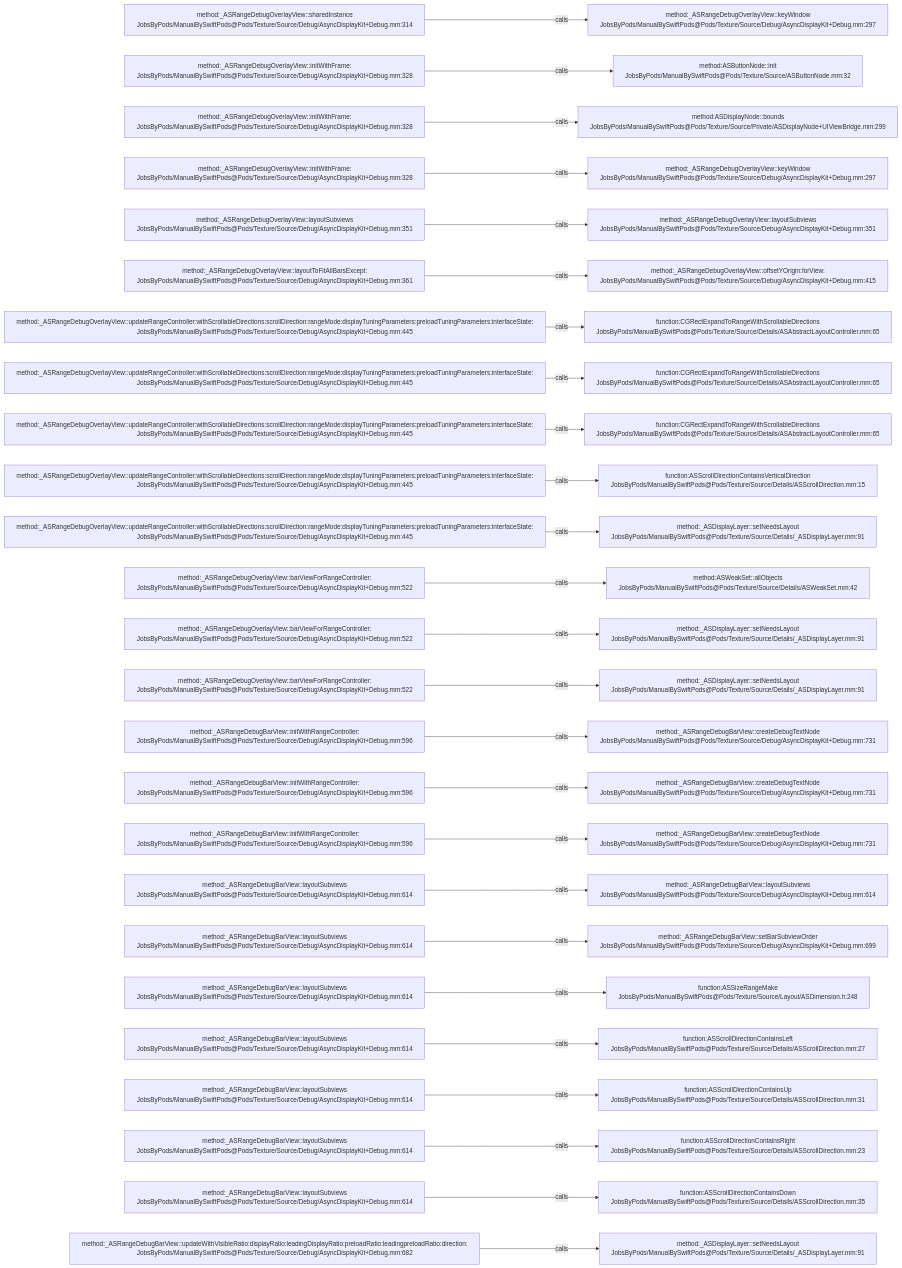
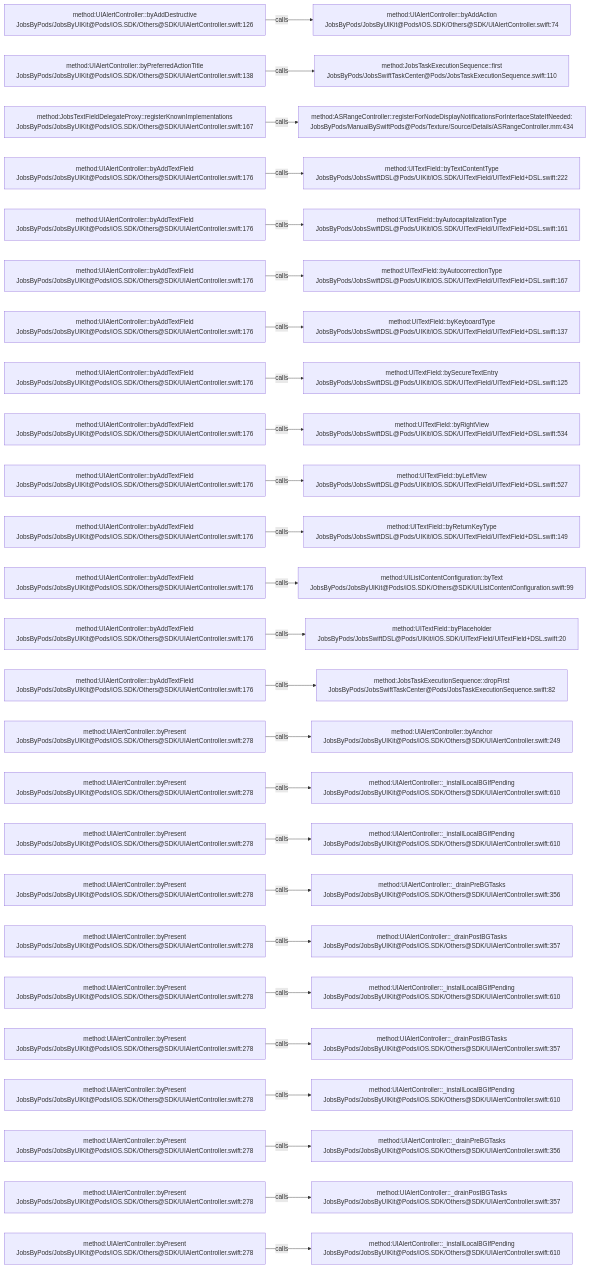
One commit to JobsKits/JobsSwiftBaseConfigDemo changed the diagram in .codegraph/codegraph.md/graphs/calls-080.md. Above: the diagram before and after it, drawn with Mermaid. The commit also changed 224 other files, not shown here.

````diff
--- a/.codegraph/codegraph.md/graphs/calls-080.md
+++ b/.codegraph/codegraph.md/graphs/calls-080.md
@@ -13,78 +13,78 @@
 ```mermaid
 flowchart LR
-  S1["method:_ASRangeDebugOverlayView::sharedInstance<br/>JobsByPods/ManualBySwiftPods@Pods/Texture/Source/Debug/AsyncDisplayKit+Debug.mm:314"]
-  T1["method:_ASRangeDebugOverlayView::keyWindow<br/>JobsByPods/ManualBySwiftPods@Pods/Texture/Source/Debug/AsyncDisplayKit+Debug.mm:297"]
+  S1["method:UIAlertController::byAddDestructive<br/>JobsByPods/JobsByUIKit@Pods/iOS.SDK/Others@SDK/UIAlertController.swift:126"]
+  T1["method:UIAlertController::byAddAction<br/>JobsByPods/JobsByUIKit@Pods/iOS.SDK/Others@SDK/UIAlertController.swift:74"]
   S1 -->|calls| T1
-  S2["method:_ASRangeDebugOverlayView::initWithFrame:<br/>JobsByPods/ManualBySwiftPods@Pods/Texture/Source/Debug/AsyncDisplayKit+Debug.mm:328"]
-  T2["method:ASButtonNode::init<br/>JobsByPods/ManualBySwiftPods@Pods/Texture/Source/ASButtonNode.mm:32"]
+  S2["method:UIAlertController::byPreferredActionTitle<br/>JobsByPods/JobsByUIKit@Pods/iOS.SDK/Others@SDK/UIAlertController.swift:138"]
+  T2["method:JobsTaskExecutionSequence::first<br/>JobsByPods/JobsSwiftTaskCenter@Pods/JobsTaskExecutionSequence.swift:110"]
   S2 -->|calls| T2
-  S3["method:_ASRangeDebugOverlayView::initWithFrame:<br/>JobsByPods/ManualBySwiftPods@Pods/Texture/Source/Debug/AsyncDisplayKit+Debug.mm:328"]
-  T3["method:ASDisplayNode::bounds<br/>JobsByPods/ManualBySwiftPods@Pods/Texture/Source/Private/ASDisplayNode+UIViewBridge.mm:299"]
+  S3["method:JobsTextFieldDelegateProxy::registerKnownImplementations<br/>JobsByPods/JobsByUIKit@Pods/iOS.SDK/Others@SDK/UIAlertController.swift:167"]
+  T3["method:ASRangeController::registerForNodeDisplayNotificationsForInterfaceStateIfNeeded:<br/>JobsByPods/ManualBySwiftPods@Pods/Texture/Source/Details/ASRangeController.mm:434"]
   S3 -->|calls| T3
-  S4["method:_ASRangeDebugOverlayView::initWithFrame:<br/>JobsByPods/ManualBySwiftPods@Pods/Texture/Source/Debug/AsyncDisplayKit+Debug.mm:328"]
-  T4["method:_ASRangeDebugOverlayView::keyWindow<br/>JobsByPods/ManualBySwiftPods@Pods/Texture/Source/Debug/AsyncDisplayKit+Debug.mm:297"]
+  S4["method:UIAlertController::byAddTextField<br/>JobsByPods/JobsByUIKit@Pods/iOS.SDK/Others@SDK/UIAlertController.swift:176"]
+  T4["method:UITextField::byTextContentType<br/>JobsByPods/JobsSwiftDSL@Pods/UIKit/iOS.SDK/UITextField/UITextField+DSL.swift:222"]
   S4 -->|calls| T4
-  S5["method:_ASRangeDebugOverlayView::layoutSubviews<br/>JobsByPods/ManualBySwiftPods@Pods/Texture/Source/Debug/AsyncDisplayKit+Debug.mm:351"]
-  T5["method:_ASRangeDebugOverlayView::layoutSubviews<br/>JobsByPods/ManualBySwiftPods@Pods/Texture/Source/Debug/AsyncDisplayKit+Debug.mm:351"]
+  S5["method:UIAlertController::byAddTextField<br/>JobsByPods/JobsByUIKit@Pods/iOS.SDK/Others@SDK/UIAlertController.swift:176"]
+  T5["method:UITextField::byAutocapitalizationType<br/>JobsByPods/JobsSwiftDSL@Pods/UIKit/iOS.SDK/UITextField/UITextField+DSL.swift:161"]
   S5 -->|calls| T5
-  S6["method:_ASRangeDebugOverlayView::layoutToFitAllBarsExcept:<br/>JobsByPods/ManualBySwiftPods@Pods/Texture/Source/Debug/AsyncDisplayKit+Debug.mm:361"]
-  T6["method:_ASRangeDebugOverlayView::offsetYOrigin:forView:<br/>JobsByPods/ManualBySwiftPods@Pods/Texture/Source/Debug/AsyncDisplayKit+Debug.mm:415"]
+  S6["method:UIAlertController::byAddTextField<br/>JobsByPods/JobsByUIKit@Pods/iOS.SDK/Others@SDK/UIAlertController.swift:176"]
+  T6["method:UITextField::byAutocorrectionType<br/>JobsByPods/JobsSwiftDSL@Pods/UIKit/iOS.SDK/UITextField/UITextField+DSL.swift:167"]
   S6 -->|calls| T6
-  S7["method:_ASRangeDebugOverlayView::updateRangeController:withScrollableDirections:scrollDirection:rangeMode:displayTuningParameters:preloadTuningParameters:interfaceState:<br/>JobsByPods/ManualBySwiftPods@Pods/Texture/Source/Debug/AsyncDisplayKit+Debug.mm:445"]
-  T7["function:CGRectExpandToRangeWithScrollableDirections<br/>JobsByPods/ManualBySwiftPods@Pods/Texture/Source/Details/ASAbstractLayoutController.mm:65"]
+  S7["method:UIAlertController::byAddTextField<br/>JobsByPods/JobsByUIKit@Pods/iOS.SDK/Others@SDK/UIAlertController.swift:176"]
+  T7["method:UITextField::byKeyboardType<br/>JobsByPods/JobsSwiftDSL@Pods/UIKit/iOS.SDK/UITextField/UITextField+DSL.swift:137"]
   S7 -->|calls| T7
-  S8["method:_ASRangeDebugOverlayView::updateRangeController:withScrollableDirections:scrollDirection:rangeMode:displayTuningParameters:preloadTuningParameters:interfaceState:<br/>JobsByPods/ManualBySwiftPods@Pods/Texture/Source/Debug/AsyncDisplayKit+Debug.mm:445"]
-  T8["function:CGRectExpandToRangeWithScrollableDirections<br/>JobsByPods/ManualBySwiftPods@Pods/Texture/Source/Details/ASAbstractLayoutController.mm:65"]
+  S8["method:UIAlertController::byAddTextField<br/>JobsByPods/JobsByUIKit@Pods/iOS.SDK/Others@SDK/UIAlertController.swift:176"]
+  T8["method:UITextField::bySecureTextEntry<br/>JobsByPods/JobsSwiftDSL@Pods/UIKit/iOS.SDK/UITextField/UITextField+DSL.swift:125"]
   S8 -->|calls| T8
-  S9["method:_ASRangeDebugOverlayView::updateRangeController:withScrollableDirections:scrollDirection:rangeMode:displayTuningParameters:preloadTuningParameters:interfaceState:<br/>JobsByPods/ManualBySwiftPods@Pods/Texture/Source/Debug/AsyncDisplayKit+Debug.mm:445"]
-  T9["function:CGRectExpandToRangeWithScrollableDirections<br/>JobsByPods/ManualBySwiftPods@Pods/Texture/Source/Details/ASAbstractLayoutController.mm:65"]
+  S9["method:UIAlertController::byAddTextField<br/>JobsByPods/JobsByUIKit@Pods/iOS.SDK/Others@SDK/UIAlertController.swift:176"]
+  T9["method:UITextField::byRightView<br/>JobsByPods/JobsSwiftDSL@Pods/UIKit/iOS.SDK/UITextField/UITextField+DSL.swift:534"]
   S9 -->|calls| T9
-  S10["method:_ASRangeDebugOverlayView::updateRangeController:withScrollableDirections:scrollDirection:rangeMode:displayTuningParameters:preloadTuningParameters:interfaceState:<br/>JobsByPods/ManualBySwiftPods@Pods/Texture/Source/Debug/AsyncDisplayKit+Debug.mm:445"]
-  T10["function:ASScrollDirectionContainsVerticalDirection<br/>JobsByPods/ManualBySwiftPods@Pods/Texture/Source/Details/ASScrollDirection.mm:15"]
+  S10["method:UIAlertController::byAddTextField<br/>JobsByPods/JobsByUIKit@Pods/iOS.SDK/Others@SDK/UIAlertController.swift:176"]
+  T10["method:UITextField::byLeftView<br/>JobsByPods/JobsSwiftDSL@Pods/UIKit/iOS.SDK/UITextField/UITextField+DSL.swift:527"]
   S10 -->|calls| T10
-  S11["method:_ASRangeDebugOverlayView::updateRangeController:withScrollableDirections:scrollDirection:rangeMode:displayTuningParameters:preloadTuningParameters:interfaceState:<br/>JobsByPods/ManualBySwiftPods@Pods/Texture/Source/Debug/AsyncDisplayKit+Debug.mm:445"]
-  T11["method:_ASDisplayLayer::setNeedsLayout<br/>JobsByPods/ManualBySwiftPods@Pods/Texture/Source/Details/_ASDisplayLayer.mm:91"]
+  S11["method:UIAlertController::byAddTextField<br/>JobsByPods/JobsByUIKit@Pods/iOS.SDK/Others@SDK/UIAlertController.swift:176"]
+  T11["method:UITextField::byReturnKeyType<br/>JobsByPods/JobsSwiftDSL@Pods/UIKit/iOS.SDK/UITextField/UITextField+DSL.swift:149"]
   S11 -->|calls| T11
-  S12["method:_ASRangeDebugOverlayView::barViewForRangeController:<br/>JobsByPods/ManualBySwiftPods@Pods/Texture/Source/Debug/AsyncDisplayKit+Debug.mm:522"]
-  T12["method:ASWeakSet::allObjects<br/>JobsByPods/ManualBySwiftPods@Pods/Texture/Source/Details/ASWeakSet.mm:42"]
+  S12["method:UIAlertController::byAddTextField<br/>JobsByPods/JobsByUIKit@Pods/iOS.SDK/Others@SDK/UIAlertController.swift:176"]
+  T12["method:UIListContentConfiguration::byText<br/>JobsByPods/JobsByUIKit@Pods/iOS.SDK/Others@SDK/UIListContentConfiguration.swift:99"]
   S12 -->|calls| T12
-  S13["method:_ASRangeDebugOverlayView::barViewForRangeController:<br/>JobsByPods/ManualBySwiftPods@Pods/Texture/Source/Debug/AsyncDisplayKit+Debug.mm:522"]
-  T13["method:_ASDisplayLayer::setNeedsLayout<br/>JobsByPods/ManualBySwiftPods@Pods/Texture/Source/Details/_ASDisplayLayer.mm:91"]
+  S13["method:UIAlertController::byAddTextField<br/>JobsByPods/JobsByUIKit@Pods/iOS.SDK/Others@SDK/UIAlertController.swift:176"]
+  T13["method:UITextField::byPlaceholder<br/>JobsByPods/JobsSwiftDSL@Pods/UIKit/iOS.SDK/UITextField/UITextField+DSL.swift:20"]
   S13 -->|calls| T13
-  S14["method:_ASRangeDebugOverlayView::barViewForRangeController:<br/>JobsByPods/ManualBySwiftPods@Pods/Texture/Source/Debug/AsyncDisplayKit+Debug.mm:522"]
-  T14["method:_ASDisplayLayer::setNeedsLayout<br/>JobsByPods/ManualBySwiftPods@Pods/Texture/Source/Details/_ASDisplayLayer.mm:91"]
+  S14["method:UIAlertController::byAddTextField<br/>JobsByPods/JobsByUIKit@Pods/iOS.SDK/Others@SDK/UIAlertController.swift:176"]
+  T14["method:JobsTaskExecutionSequence::dropFirst<br/>JobsByPods/JobsSwiftTaskCenter@Pods/JobsTaskExecutionSequence.swift:82"]
   S14 -->|calls| T14
-  S15["method:_ASRangeDebugBarView::initWithRangeController:<br/>JobsByPods/ManualBySwiftPods@Pods/Texture/Source/Debug/AsyncDisplayKit+Debug.mm:596"]
-  T15["method:_ASRangeDebugBarView::createDebugTextNode<br/>JobsByPods/ManualBySwiftPods@Pods/Texture/Source/Debug/AsyncDisplayKit+Debug.mm:731"]
+  S15["method:UIAlertController::byPresent<br/>JobsByPods/JobsByUIKit@Pods/iOS.SDK/Others@SDK/UIAlertController.swift:278"]
+  T15["method:UIAlertController::byAnchor<br/>JobsByPods/JobsByUIKit@Pods/iOS.SDK/Others@SDK/UIAlertController.swift:249"]
   S15 -->|calls| T15
-  S16["method:_ASRangeDebugBarView::initWithRangeController:<br/>JobsByPods/ManualBySwiftPods@Pods/Texture/Source/Debug/AsyncDisplayKit+Debug.mm:596"]
-  T16["method:_ASRangeDebugBarView::createDebugTextNode<br/>JobsByPods/ManualBySwiftPods@Pods/Texture/Source/Debug/AsyncDisplayKit+Debug.mm:731"]
+  S16["method:UIAlertController::byPresent<br/>JobsByPods/JobsByUIKit@Pods/iOS.SDK/Others@SDK/UIAlertController.swift:278"]
+  T16["method:UIAlertController::_installLocalBGIfPending<br/>JobsByPods/JobsByUIKit@Pods/iOS.SDK/Others@SDK/UIAlertController.swift:610"]
   S16 -->|calls| T16
-  S17["method:_ASRangeDebugBarView::initWithRangeController:<br/>JobsByPods/ManualBySwiftPods@Pods/Texture/Source/Debug/AsyncDisplayKit+Debug.mm:596"]
-  T17["method:_ASRangeDebugBarView::createDebugTextNode<br/>JobsByPods/ManualBySwiftPods@Pods/Texture/Source/Debug/AsyncDisplayKit+Debug.mm:731"]
+  S17["method:UIAlertController::byPresent<br/>JobsByPods/JobsByUIKit@Pods/iOS.SDK/Others@SDK/UIAlertController.swift:278"]
+  T17["method:UIAlertController::_installLocalBGIfPending<br/>JobsByPods/JobsByUIKit@Pods/iOS.SDK/Others@SDK/UIAlertController.swift:610"]
   S17 -->|calls| T17
-  S18["method:_ASRangeDebugBarView::layoutSubviews<br/>JobsByPods/ManualBySwiftPods@Pods/Texture/Source/Debug/AsyncDisplayKit+Debug.mm:614"]
-  T18["method:_ASRangeDebugBarView::layoutSubviews<br/>JobsByPods/ManualBySwiftPods@Pods/Texture/Source/Debug/AsyncDisplayKit+Debug.mm:614"]
+  S18["method:UIAlertController::byPresent<br/>JobsByPods/JobsByUIKit@Pods/iOS.SDK/Others@SDK/UIAlertController.swift:278"]
+  T18["method:UIAlertController::_drainPreBGTasks<br/>JobsByPods/JobsByUIKit@Pods/iOS.SDK/Others@SDK/UIAlertController.swift:356"]
   S18 -->|calls| T18
-  S19["method:_ASRangeDebugBarView::layoutSubviews<br/>JobsByPods/ManualBySwiftPods@Pods/Texture/Source/Debug/AsyncDisplayKit+Debug.mm:614"]
-  T19["method:_ASRangeDebugBarView::setBarSubviewOrder<br/>JobsByPods/ManualBySwiftPods@Pods/Texture/Source/Debug/AsyncDisplayKit+Debug.mm:699"]
+  S19["method:UIAlertController::byPresent<br/>JobsByPods/JobsByUIKit@Pods/iOS.SDK/Others@SDK/UIAlertController.swift:278"]
+  T19["method:UIAlertController::_drainPostBGTasks<br/>JobsByPods/JobsByUIKit@Pods/iOS.SDK/Others@SDK/UIAlertController.swift:357"]
   S19 -->|calls| T19
-  S20["method:_ASRangeDebugBarView::layoutSubviews<br/>JobsByPods/ManualBySwiftPods@Pods/Texture/Source/Debug/AsyncDisplayKit+Debug.mm:614"]
-  T20["function:ASSizeRangeMake<br/>JobsByPods/ManualBySwiftPods@Pods/Texture/Source/Layout/ASDimension.h:248"]
+  S20["method:UIAlertController::byPresent<br/>JobsByPods/JobsByUIKit@Pods/iOS.SDK/Others@SDK/UIAlertController.swift:278"]
+  T20["method:UIAlertController::_installLocalBGIfPending<br/>JobsByPods/JobsByUIKit@Pods/iOS.SDK/Others@SDK/UIAlertController.swift:610"]
   S20 -->|calls| T20
-  S21["method:_ASRangeDebugBarView::layoutSubviews<br/>JobsByPods/ManualBySwiftPods@Pods/Texture/Source/Debug/AsyncDisplayKit+Debug.mm:614"]
-  T21["function:ASScrollDirectionContainsLeft<br/>JobsByPods/ManualBySwiftPods@Pods/Texture/Source/Details/ASScrollDirection.mm:27"]
+  S21["method:UIAlertController::byPresent<br/>JobsByPods/JobsByUIKit@Pods/iOS.SDK/Others@SDK/UIAlertController.swift:278"]
+  T21["method:UIAlertController::_drainPostBGTasks<br/>JobsByPods/JobsByUIKit@Pods/iOS.SDK/Others@SDK/UIAlertController.swift:357"]
   S21 -->|calls| T21
-  S22["method:_ASRangeDebugBarView::layoutSubviews<br/>JobsByPods/ManualBySwiftPods@Pods/Texture/Source/Debug/AsyncDisplayKit+Debug.mm:614"]
-  T22["function:ASScrollDirectionContainsUp<br/>JobsByPods/ManualBySwiftPods@Pods/Texture/Source/Details/ASScrollDirection.mm:31"]
+  S22["method:UIAlertController::byPresent<br/>JobsByPods/JobsByUIKit@Pods/iOS.SDK/Others@SDK/UIAlertController.swift:278"]
+  T22["method:UIAlertController::_installLocalBGIfPending<br/>JobsByPods/JobsByUIKit@Pods/iOS.SDK/Others@SDK/UIAlertController.swift:610"]
   S22 -->|calls| T22
-  S23["method:_ASRangeDebugBarView::layoutSubviews<br/>JobsByPods/ManualBySwiftPods@Pods/Texture/Source/Debug/AsyncDisplayKit+Debug.mm:614"]
-  T23["function:ASScrollDirectionContainsRight<br/>JobsByPods/ManualBySwiftPods@Pods/Texture/Source/Details/ASScrollDirection.mm:23"]
+  S23["method:UIAlertController::byPresent<br/>JobsByPods/JobsByUIKit@Pods/iOS.SDK/Others@SDK/UIAlertController.swift:278"]
+  T23["method:UIAlertController::_drainPreBGTasks<br/>JobsByPods/JobsByUIKit@Pods/iOS.SDK/Others@SDK/UIAlertController.swift:356"]
   S23 -->|calls| T23
-  S24["method:_ASRangeDebugBarView::layoutSubviews<br/>JobsByPods/ManualBySwiftPods@Pods/Texture/Source/Debug/AsyncDisplayKit+Debug.mm:614"]
-  T24["function:ASScrollDirectionContainsDown<br/>JobsByPods/ManualBySwiftPods@Pods/Texture/Source/Details/ASScrollDirection.mm:35"]
+  S24["method:UIAlertController::byPresent<br/>JobsByPods/JobsByUIKit@Pods/iOS.SDK/Others@SDK/UIAlertController.swift:278"]
+  T24["method:UIAlertController::_drainPostBGTasks<br/>JobsByPods/JobsByUIKit@Pods/iOS.SDK/Others@SDK/UIAlertController.swift:357"]
   S24 -->|calls| T24
-  S25["method:_ASRangeDebugBarView::updateWithVisibleRatio:displayRatio:leadingDisplayRatio:preloadRatio:leadingpreloadRatio:direction:<br/>JobsByPods/ManualBySwiftPods@Pods/Texture/Source/Debug/AsyncDisplayKit+Debug.mm:682"]
-  T25["method:_ASDisplayLayer::setNeedsLayout<br/>JobsByPods/ManualBySwiftPods@Pods/Texture/Source/Details/_ASDisplayLayer.mm:91"]
+  S25["method:UIAlertController::byPresent<br/>JobsByPods/JobsByUIKit@Pods/iOS.SDK/Others@SDK/UIAlertController.swift:278"]
+  T25["method:UIAlertController::_installLocalBGIfPending<br/>JobsByPods/JobsByUIKit@Pods/iOS.SDK/Others@SDK/UIAlertController.swift:610"]
   S25 -->|calls| T25
 ```
````
